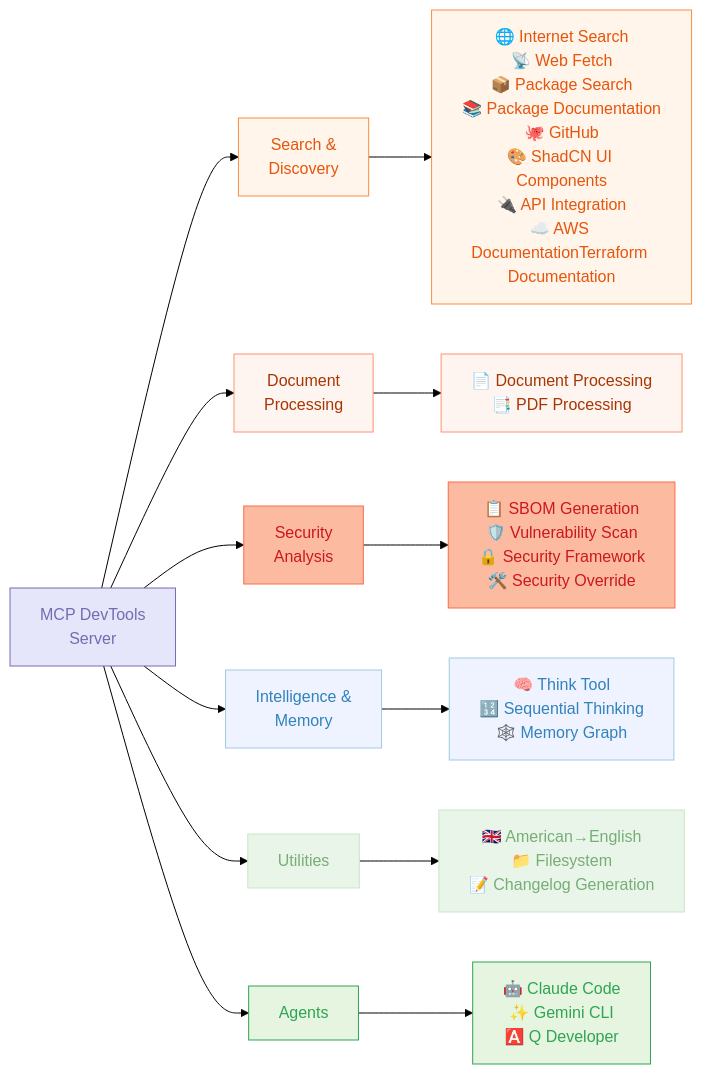
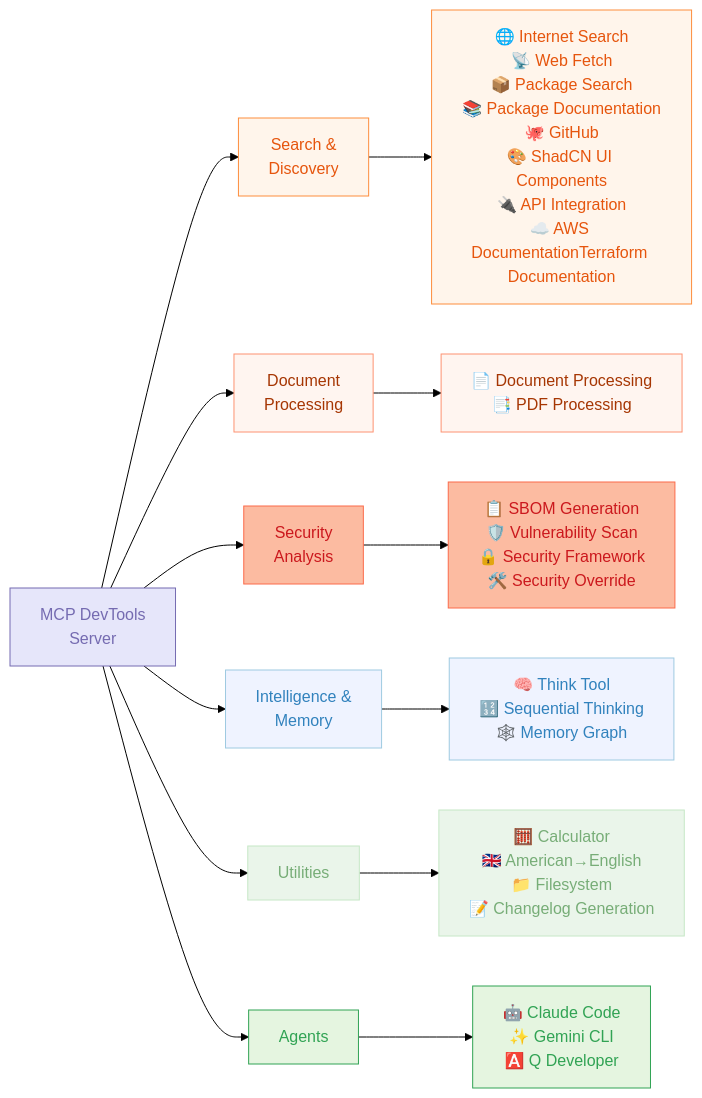
The diagram in README.md (sammcj/mcp-devtools), drawn with Mermaid (forest theme) before and after one commit. The commit also changed other lines of this file and 5 other files, not shown here.

````diff
--- a/README.md
+++ b/README.md
@@ -5,42 +5,42 @@
 ```mermaid
 graph LR
     A[MCP DevTools<br>Server]
 
     A --> B[Search &<br>Discovery]
     A --> C[Document<br>Processing]
     A --> D[Security<br>Analysis]
     A --> E[Intelligence &<br>Memory]
     A --> F[Utilities]
     A --> G[Agents]
 
     B --> B_Tools[🌐 Internet Search<br>📡 Web Fetch<br>📦 Package Search<br>📚 Package Documentation<br>🐙 GitHub<br>🎨 ShadCN UI Components<br>🔌 API Integration<br>☁️ AWS Documentation<br📝>Terraform Documentation]
 
     C --> C_Tools[📄 Document Processing<br>📑 PDF Processing]
 
     D --> D_Tools[📋 SBOM Generation<br>🛡️ Vulnerability Scan<br>🔒 Security Framework<br>🛠️ Security Override]
 
     E --> E_Tools[🧠 Think Tool<br>🔢 Sequential Thinking<br>🕸️ Memory Graph]
 
-    F --> F_Tools[🇬🇧 American→English<br>📁 Filesystem<br>📝 Changelog Generation]
+    F --> F_Tools[🧮 Calculator<br>🇬🇧 American→English<br>📁 Filesystem<br>📝 Changelog Generation]
 
     G --> G_Tools[🤖 Claude Code<br>✨ Gemini CLI<br>🅰️ Q Developer]
 
     classDef inputOutput fill:#FEE0D2,stroke:#E6550D,color:#E6550D
     classDef llm fill:#E5F5E0,stroke:#31A354,color:#31A354
     classDef components fill:#E6E6FA,stroke:#756BB1,color:#756BB1
     classDef process fill:#EAF5EA,stroke:#C6E7C6,color:#77AD77
     classDef stop fill:#E5E1F2,stroke:#C7C0DE,color:#8471BF
     classDef data fill:#EFF3FF,stroke:#9ECAE1,color:#3182BD
     classDef decision fill:#FFF5EB,stroke:#FD8D3C,color:#E6550D
     classDef storage fill:#F2F0F7,stroke:#BCBDDC,color:#756BB1
     classDef api fill:#FFF5F0,stroke:#FD9272,color:#A63603
     classDef error fill:#FCBBA1,stroke:#FB6A4A,color:#CB181D
 
     class A components
     class B,B_Tools decision
     class C,C_Tools api
     class D,D_Tools error
     class E,E_Tools data
     class F,F_Tools process
     class G,G_Tools llm
 ```
````
